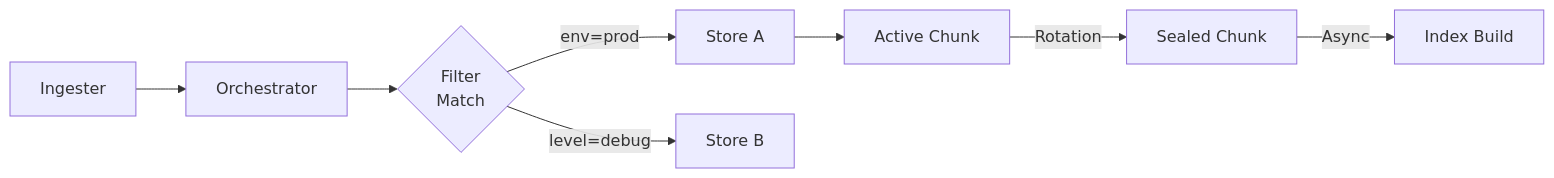
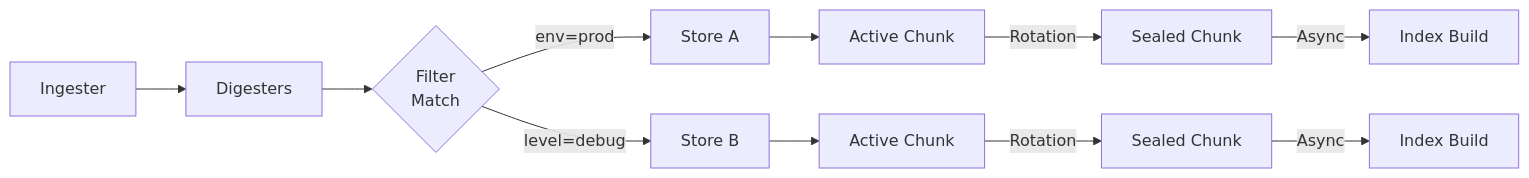
One commit to kluzzebass/gastrolog changed the diagram in frontend/src/help/general-concepts.md. Above: the diagram before and after it, drawn with Mermaid. The commit also changed other lines of this file, not shown here.

Commit message:
docs: add digesters section and fix Store B path in ingestion flow diagram

````diff
--- a/frontend/src/help/general-concepts.md
+++ b/frontend/src/help/general-concepts.md
@@ -52,10 +52,13 @@
 ```mermaid
 flowchart LR
-    A[Ingester] --> B[Orchestrator]
+    A[Ingester] --> B[Digesters]
     B --> C{Filter\nMatch}
     C -->|env=prod| D[Store A]
     C -->|level=debug| E[Store B]
-    D --> F[Active Chunk]
-    F -->|Rotation| G[Sealed Chunk]
-    G -->|Async| H[Index Build]
+    D --> F1[Active Chunk]
+    E --> F2[Active Chunk]
+    F1 -->|Rotation| G1[Sealed Chunk]
+    F2 -->|Rotation| G2[Sealed Chunk]
+    G1 -->|Async| H1[Index Build]
+    G2 -->|Async| H2[Index Build]
 ```
````
